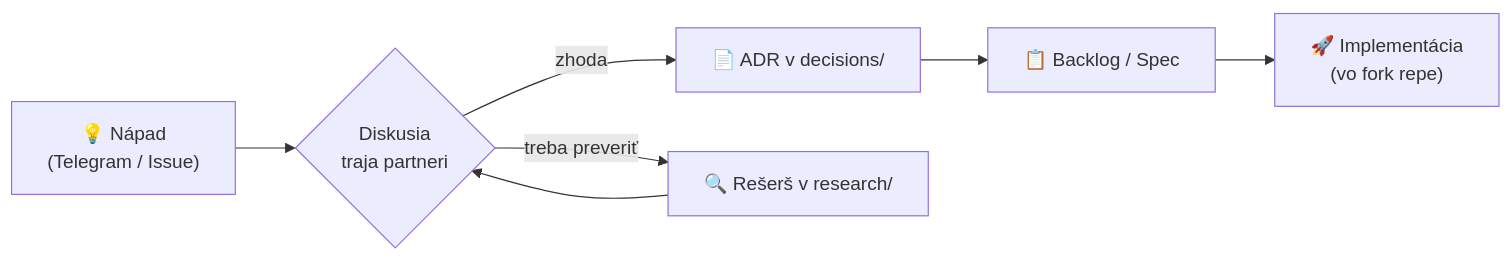
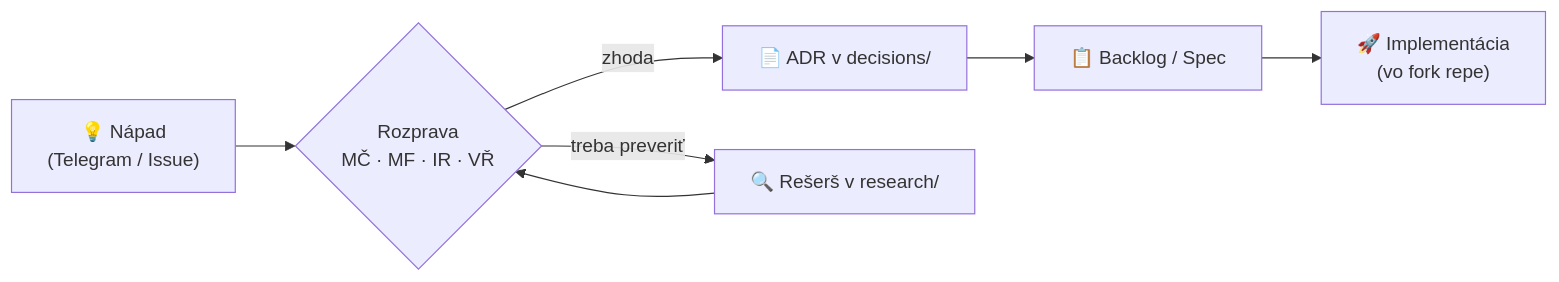
The third of 3 diagrams in README.md (Omni-Legal-Products/lawOSS-like-SK-CZ), drawn with Mermaid before and after one commit. The commit also changed other lines of this file, not shown here.

First line of the commit message:
fix: zosúladiť zachované mermaid zdroje s prekreslenými diagramami

````diff
--- a/README.md
+++ b/README.md
@@ -581,9 +583,9 @@
 ```mermaid
 flowchart LR
-    A["💡 Nápad<br/>(Telegram / Issue)"] --> B{"Diskusia<br/>traja partneri"}
+    A["💡 Nápad<br/>(Telegram / Issue)"] --> B{"Rozprava<br/>MČ · MF · IR · VŘ"}
     B -->|zhoda| C["📄 ADR v decisions/"]
     B -->|treba preveriť| D["🔍 Rešerš v research/"]
     D --> B
     C --> E["📋 Backlog / Spec"]
     E --> F["🚀 Implementácia<br/>(vo fork repe)"]
 ```
````
